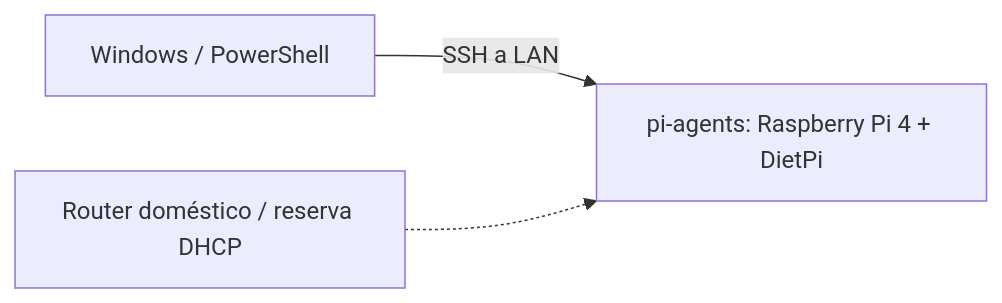
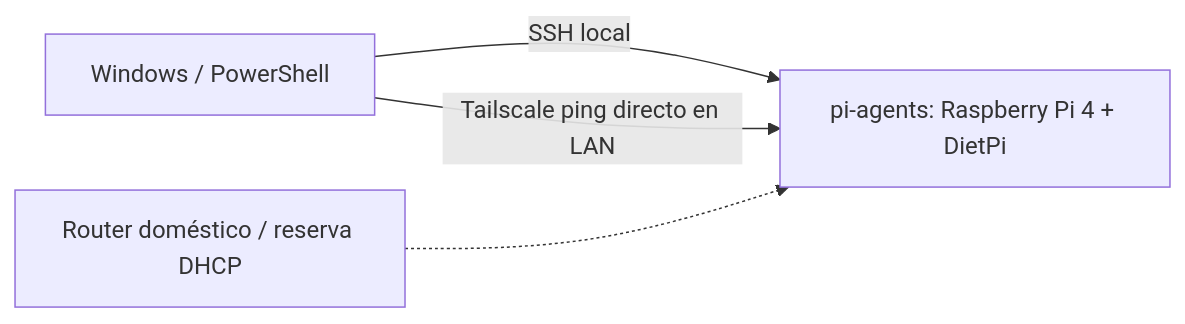
Before and after one commit to afvv2602/pi-agents: the first of 2 diagrams in docs/04-arquitectura.md, drawn with Mermaid. The commit also changed other lines of this file and 4 other files, not shown here.

Commit message:
docs: record bidirectional Tailscale ping

````diff
--- a/docs/04-arquitectura.md
+++ b/docs/04-arquitectura.md
@@ -7,5 +7,6 @@
 ```mermaid
 flowchart LR
-  Admin[Windows / PowerShell] -->|SSH a LAN| Host[pi-agents: Raspberry Pi 4 + DietPi]
+  Admin[Windows / PowerShell] -->|SSH local| Host[pi-agents: Raspberry Pi 4 + DietPi]
+  Admin -->|Tailscale ping directo en LAN| Host
   DHCP[Router doméstico / reserva DHCP] -.-> Host
 ```
````
